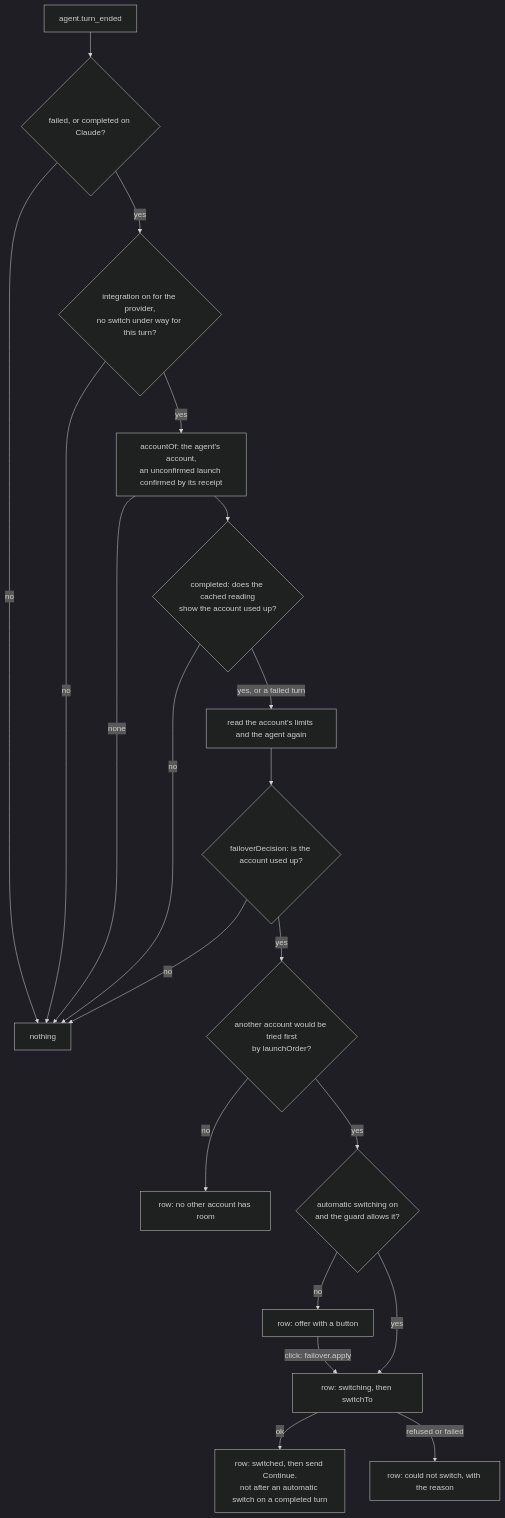
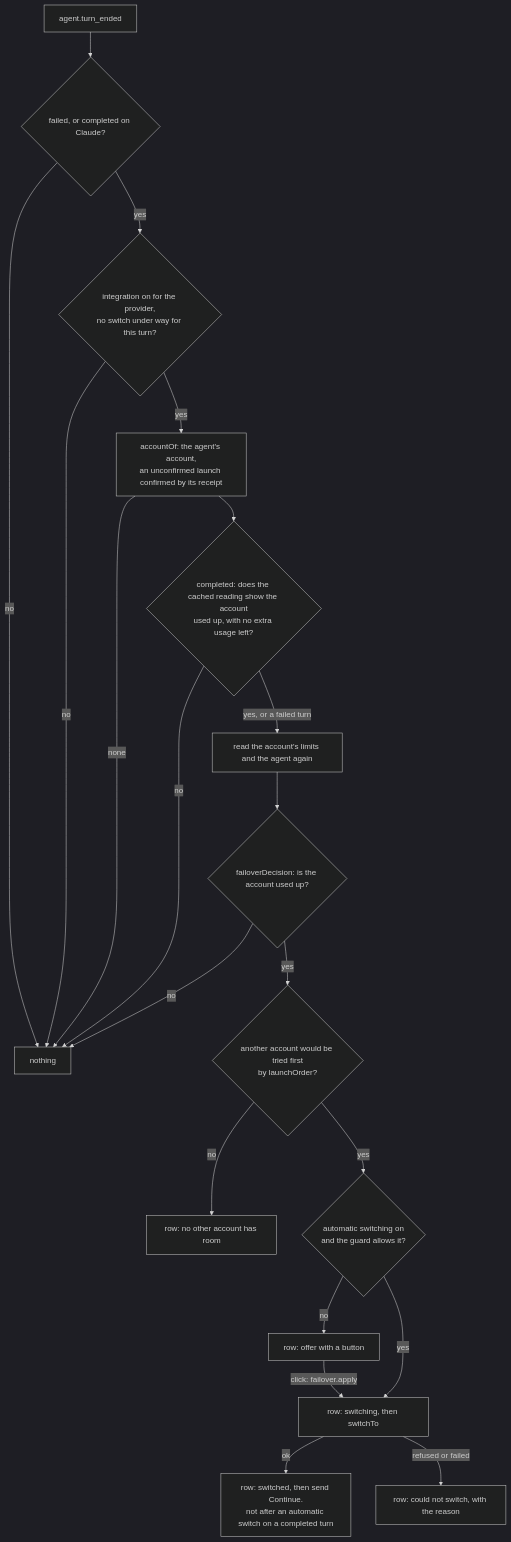
The third of 3 diagrams in docs/architecture.md (dutchakdev/paseo-plugin-account-switcher), drawn with Mermaid (dark theme) before and after one commit. The commit also changed other lines of this file and 10 other files, not shown here.

````diff
--- a/docs/architecture.md
+++ b/docs/architecture.md
@@ -104,22 +104,22 @@
 ```mermaid
 flowchart TD
   T[agent.turn_ended] --> K{failed, or completed on Claude?}
   K -- no --> Z[nothing]
   K -- yes --> P{integration on for the provider,<br/>no switch under way for this turn?}
   P -- no --> Z
   P -- yes --> W[accountOf: the agent's account,<br/>an unconfirmed launch confirmed by its receipt]
   W -- none --> Z
-  W --> Q{completed: does the cached reading<br/>show the account used up?}
+  W --> Q{completed: does the cached reading show the account<br/>used up, with no extra usage left?}
   Q -- no --> Z
   Q -- "yes, or a failed turn" --> R[read the account's limits and the agent again]
   R --> E{failoverDecision: is the account used up?}
   E -- no --> Z
   E -- yes --> C{another account would be tried first<br/>by launchOrder?}
   C -- no --> N[row: no other account has room]
   C -- yes --> A{automatic switching on<br/>and the guard allows it?}
   A -- no --> O[row: offer with a button]
   O -->|click: failover.apply| S
   A -- yes --> S[row: switching, then switchTo]
   S -- ok --> D[row: switched, then send Continue.<br/>not after an automatic switch on a completed turn]
   S -- refused or failed --> F[row: could not switch, with the reason]
 ```
````
